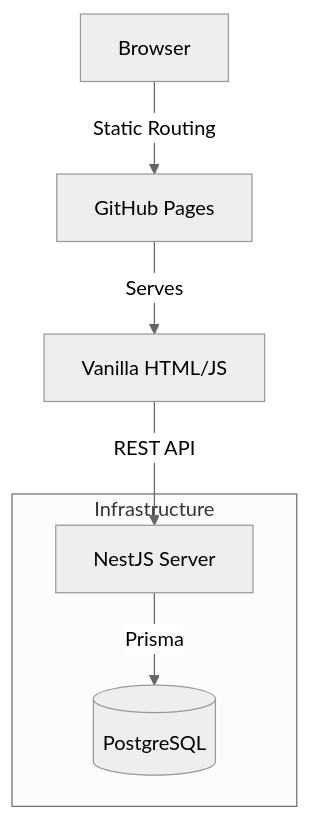
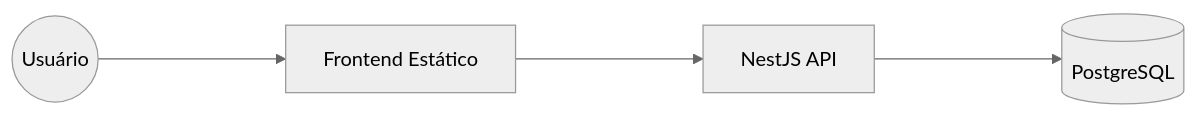
Before and after one commit to gabriel-g-dev/stuchi-editora: the diagram in README.md, drawn with Mermaid (neutral theme). The commit also changed other lines of this file and 25 other files, not shown here.

````diff
--- a/README.md
+++ b/README.md
@@ -21,10 +27,6 @@
 ```mermaid
-graph TD;
-    Client[Browser] -->|Static Routing| GHPages[GitHub Pages]
-    GHPages -->|Serves| Frontend[Vanilla HTML/JS]
-    Frontend -->|REST API| Backend[NestJS Server]
-    
-    subgraph Infrastructure
-      Backend -->|Prisma| DB[(PostgreSQL)]
-    end
+graph LR;
+    User((Usuário)) ----> Frontend[Frontend Estático]
+    Frontend ----> API[NestJS API]
+    API ----> DB[(PostgreSQL)]
 ```
````
